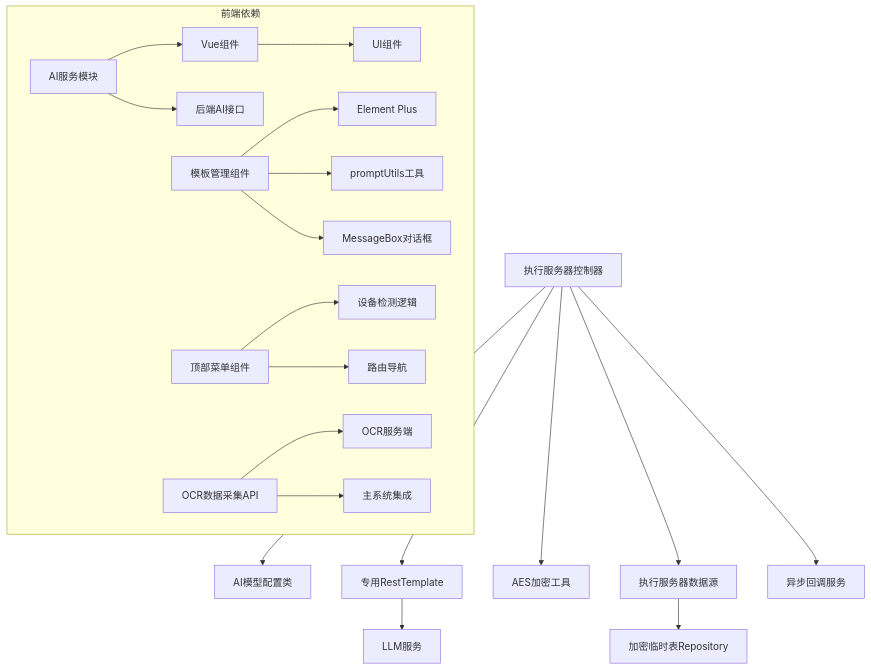
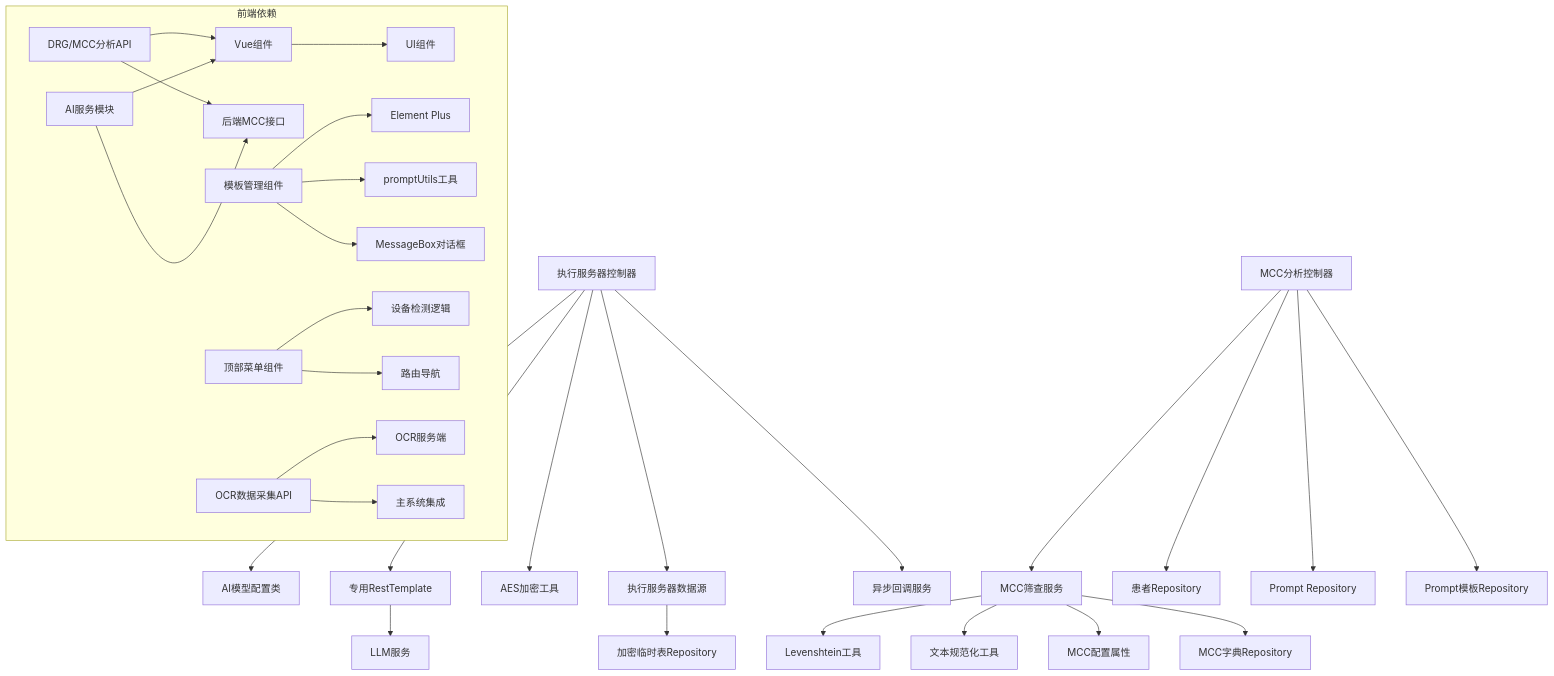
One commit to liuzh2008/med_ai_assistant_workspace changed diagram 14 of 14 in .qoder/repowiki/zh/content/核心功能模块/AI诊断辅助系统.md. Above: the diagram before and after it, drawn with Mermaid. The commit also changed other lines of this file and 3 other files, not shown here.

````diff
--- a/.qoder/repowiki/zh/content/核心功能模块/AI诊断辅助系统.md
+++ b/.qoder/repowiki/zh/content/核心功能模块/AI诊断辅助系统.md
@@ -515,22 +745,32 @@
 ```mermaid
 graph TB
 Controller["执行服务器控制器"] --> Config["AI模型配置类"]
 Controller --> RestTemplate["专用RestTemplate"]
 Controller --> AES["AES加密工具"]
 Controller --> DB["执行服务器数据源"]
 Controller --> Callback["异步回调服务"]
+MCCController["MCC分析控制器"] --> MCCService["MCC筛查服务"]
+MCCController --> PatientRepo["患者Repository"]
+MCCController --> PromptRepo["Prompt Repository"]
+MCCController --> TemplateRepo["Prompt模板Repository"]
+MCCService --> Levenshtein["Levenshtein工具"]
+MCCService --> TextNorm["文本规范化工具"]
+MCCService --> Props["MCC配置属性"]
+MCCService --> MCCRepo["MCC字典Repository"]
 RestTemplate --> LLM["LLM服务"]
 DB --> TempRepo["加密临时表Repository"]
 subgraph "前端依赖"
-AIService["AI服务模块"] --> VueComp["Vue组件"]
-AIService --> BackendAPI["后端AI接口"]
+DRGAPI["DRG/MCC分析API"] --> VueComp["Vue组件"]
+DRGAPI --> BackendAPI["后端MCC接口"]
+AIService["AI服务模块"] --> VueComp
+AIService --> BackendAPI
 VueComp --> UIComponents["UI组件"]
 TemplateComp["模板管理组件"] --> ElementPlus["Element Plus"]
 TemplateComp --> promptUtils["promptUtils工具"]
 TemplateComp --> MessageBox["MessageBox对话框"]
 TopMenu["顶部菜单组件"] --> DeviceDetect["设备检测逻辑"]
 TopMenu --> Router["路由导航"]
 OCRAPI["OCR数据采集API"] --> OCRService["OCR服务端"]
 OCRAPI --> MainSystem["主系统集成"]
 end
 ```
````
